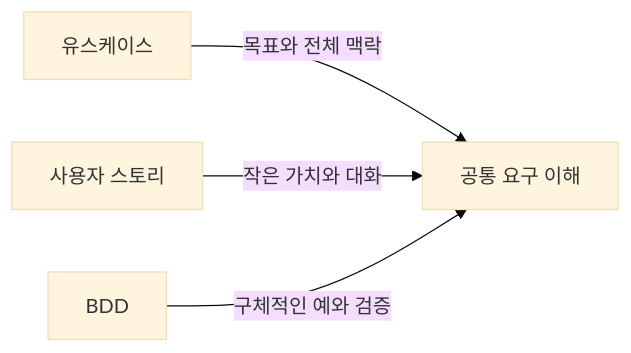
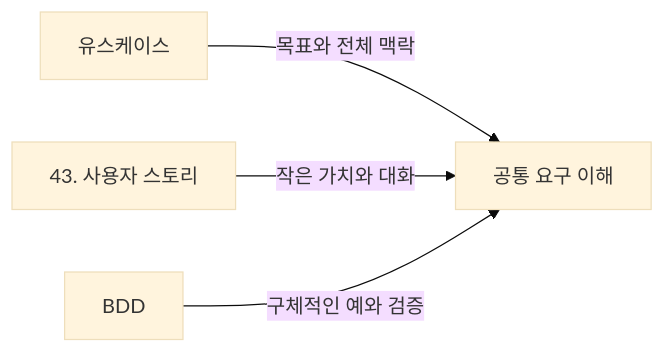
One commit to YoungSan77/TrainingMaterials changed diagram 13 of 16 in courses/ooad/sessions/s02.md. Above: the diagram before and after it, drawn with Mermaid (base theme). The commit also changed other lines of this file and 10 other files, not shown here.

````diff
--- a/courses/ooad/sessions/s02.md
+++ b/courses/ooad/sessions/s02.md
@@ -958,6 +1306,6 @@
 ```mermaid
 flowchart LR
     U["유스케이스"] -->|목표와 전체 맥락| G["공통 요구 이해"]
-    S["사용자 스토리"] -->|작은 가치와 대화| G
+    S["43. 사용자 스토리"] -->|작은 가치와 대화| G
     B["BDD"] -->|구체적인 예와 검증| G
 ```
````
